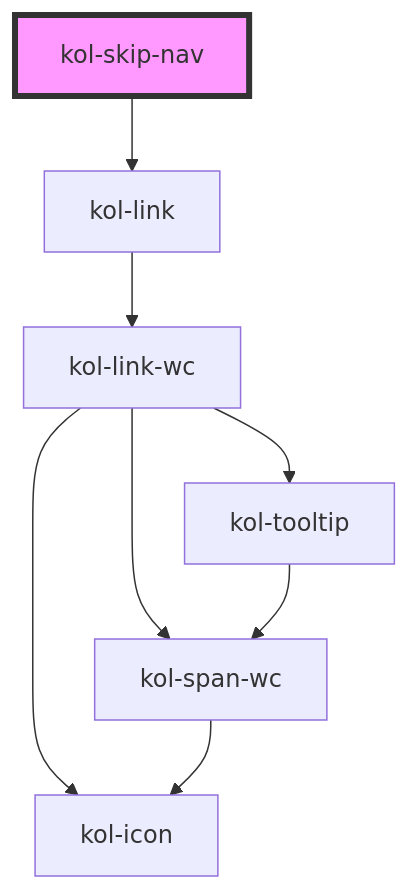
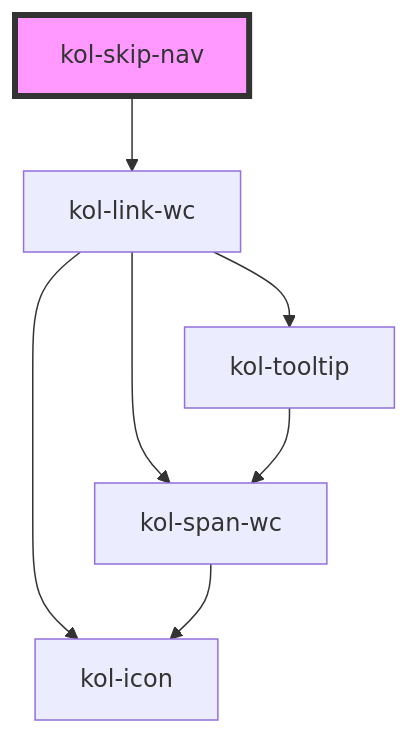
Before and after one commit to public-ui/kolibri: the diagram in packages/components/src/components/skip-nav/readme.md, drawn with Mermaid. The commit also changed other lines of this file and 24 other files, not shown here.

````diff
--- a/packages/components/src/components/skip-nav/readme.md
+++ b/packages/components/src/components/skip-nav/readme.md
@@ -69,11 +69,10 @@
 ```mermaid
 graph TD;
-  kol-skip-nav --> kol-link
-  kol-link --> kol-link-wc
+  kol-skip-nav --> kol-link-wc
   kol-link-wc --> kol-span-wc
   kol-link-wc --> kol-icon
   kol-link-wc --> kol-tooltip
   kol-span-wc --> kol-icon
   kol-tooltip --> kol-span-wc
   style kol-skip-nav fill:#f9f,stroke:#333,stroke-width:4px
 ```
````
